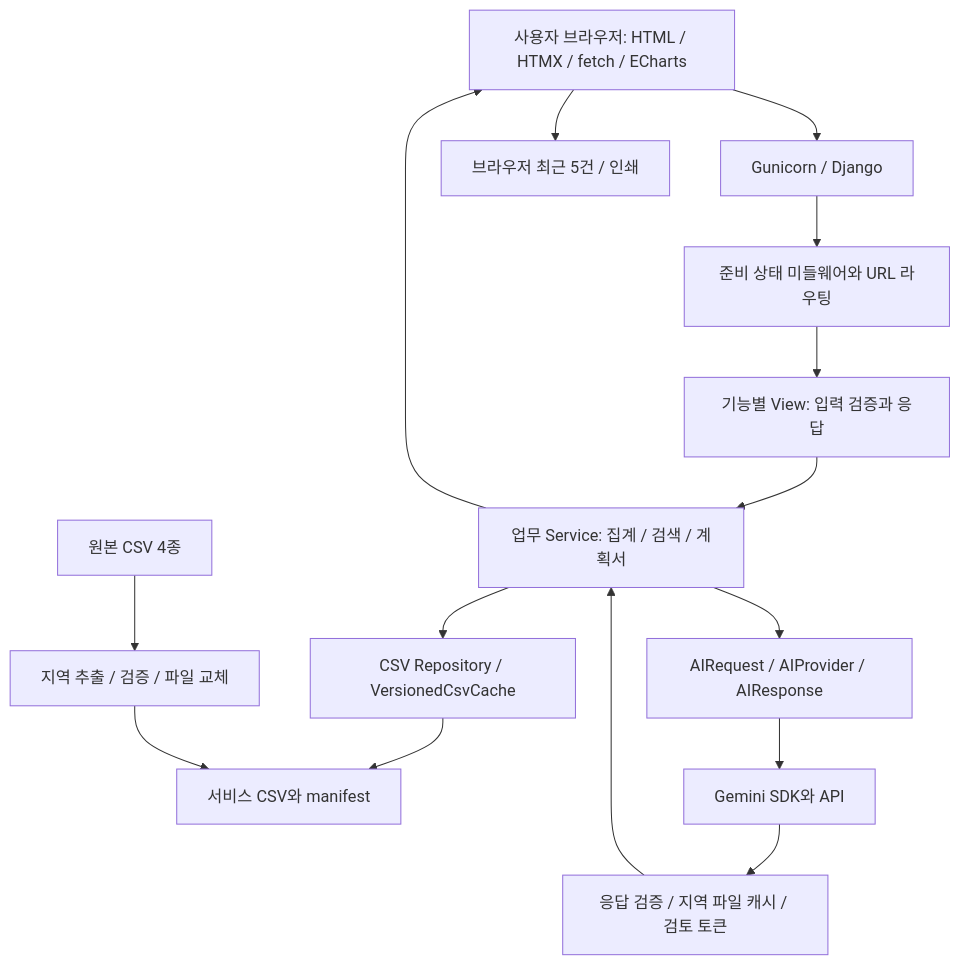
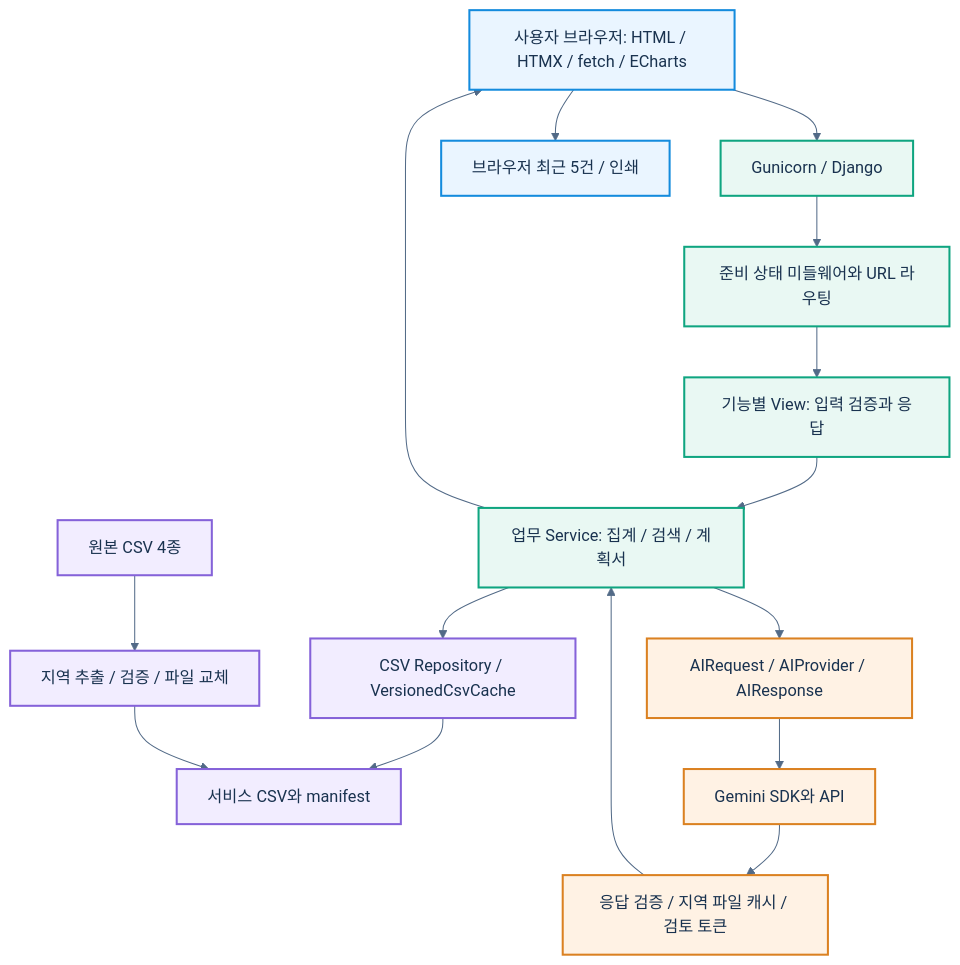
Before and after one commit to encore-ai-campus/mlo-02-p1-team1: the first of 5 diagrams in README.md, drawn with Mermaid. The commit also changed other lines of this file and 581 other files, not shown here.

````diff
--- a/README.md
+++ b/README.md
@@ -105,23 +118,32 @@
 ```mermaid
+%%{init: {'theme': 'base', 'themeVariables': {'fontFamily': 'sans-serif', 'fontSize': '16px', 'lineColor': '#526A87', 'primaryTextColor': '#19324F', 'background': '#F5F8FC'}}}%%
 flowchart TD
     Browser[사용자 브라우저: HTML / HTMX / fetch / ECharts]
     Web[Gunicorn / Django]
     Gate[준비 상태 미들웨어와 URL 라우팅]
     Views[기능별 View: 입력 검증과 응답]
     Service[업무 Service: 집계 / 검색 / 계획서]
     Cache[CSV Repository / VersionedCsvCache]
     CSV[서비스 CSV와 manifest]
     Batch[지역 추출 / 검증 / 파일 교체]
     Source[원본 CSV 4종]
     AI[AIRequest / AIProvider / AIResponse]
     Gemini[Gemini SDK와 API]
     Result[응답 검증 / 지역 파일 캐시 / 검토 토큰]
     Local[브라우저 최근 5건 / 인쇄]
     Browser --> Web --> Gate --> Views --> Service
     Service --> Cache --> CSV
     Source --> Batch --> CSV
     Service --> AI --> Gemini
     Gemini --> Result --> Service
     Service --> Browser
     Browser --> Local
+    classDef front fill:#EAF5FF,stroke:#148BDD,color:#19324F,stroke-width:2px
+    classDef backend fill:#E9F8F3,stroke:#0FA580,color:#19324F,stroke-width:2px
+    classDef data fill:#F2EDFF,stroke:#8562D9,color:#19324F,stroke-width:2px
+    classDef ai fill:#FFF2E4,stroke:#DB8121,color:#19324F,stroke-width:2px
+    class Browser,Local front
+    class Web,Gate,Views,Service backend
+    class Cache,CSV,Batch,Source data
+    class AI,Gemini,Result ai
 ```
````
